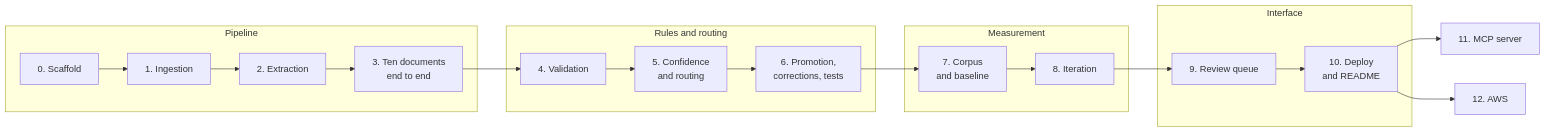
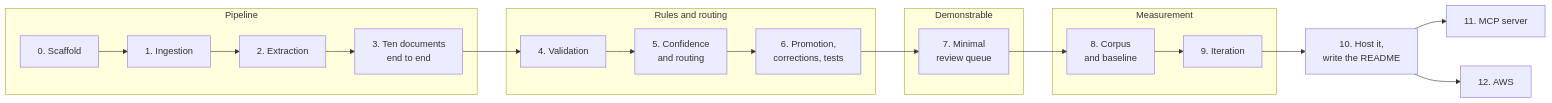
One commit to MoAbboud/PortFolio changed the diagram in mailman/requirements/00-plan.md. Above: the diagram before and after it, drawn with Mermaid. The commit also changed other lines of this file and 4 other files, not shown here.

````diff
--- a/mailman/requirements/00-plan.md
+++ b/mailman/requirements/00-plan.md
@@ -25,23 +34,24 @@
 ```mermaid
 flowchart LR
     subgraph A[Pipeline]
         S0[0. Scaffold] --> S1[1. Ingestion]
         S1 --> S2[2. Extraction]
         S2 --> S3[3. Ten documents<br/>end to end]
     end
     subgraph B[Rules and routing]
         S4[4. Validation] --> S5[5. Confidence<br/>and routing]
         S5 --> S6[6. Promotion,<br/>corrections, tests]
     end
-    subgraph C[Measurement]
-        S7[7. Corpus<br/>and baseline] --> S8[8. Iteration]
+    subgraph C[Demonstrable]
+        S7[7. Minimal<br/>review queue]
     end
-    subgraph D[Interface]
-        S9[9. Review queue] --> S10[10. Deploy<br/>and README]
+    subgraph D[Measurement]
+        S8[8. Corpus<br/>and baseline] --> S9[9. Iteration]
     end
     S3 --> S4
     S6 --> S7
-    S8 --> S9
+    S7 --> S8
+    S9 --> S10[10. Host it,<br/>write the README]
     S10 --> S11[11. MCP server]
     S10 --> S12[12. AWS]
 ```
````
